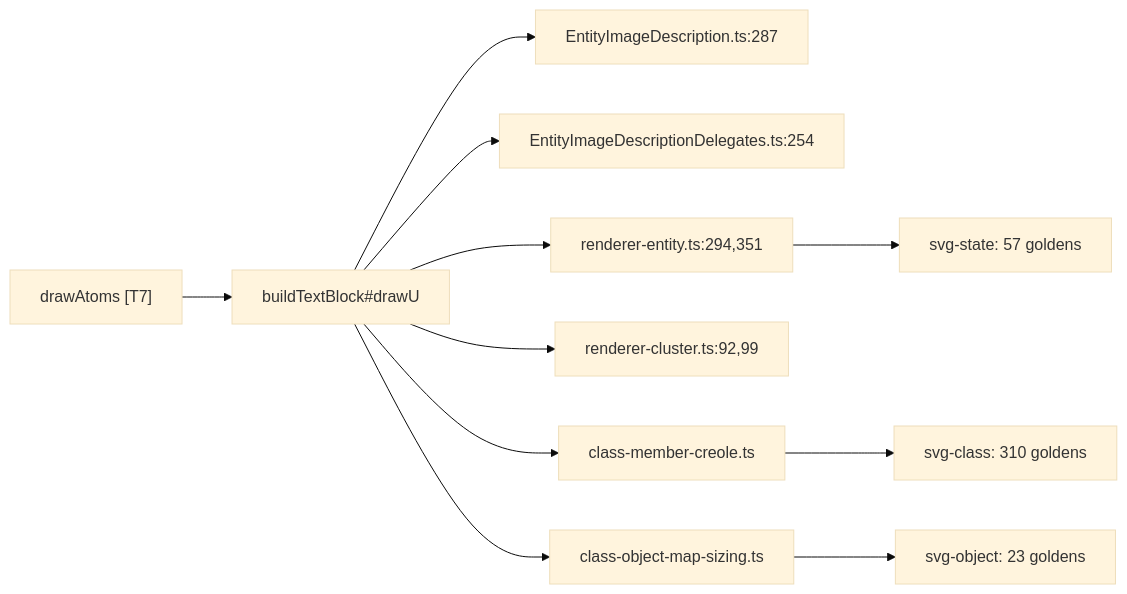
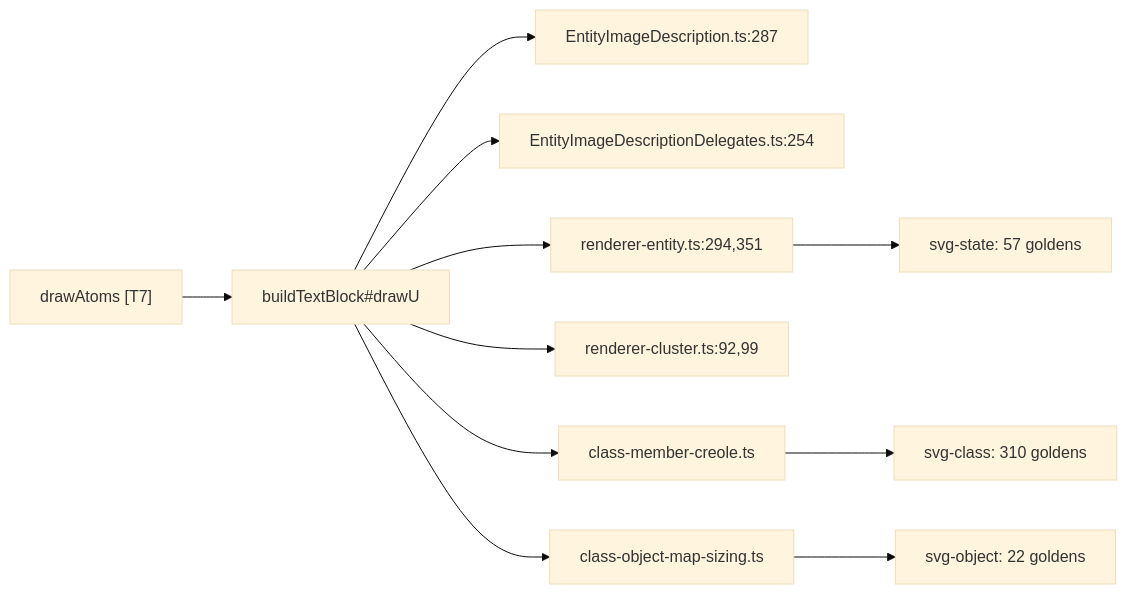
Before and after one commit to knowvah/plantuml-ts: the second of 2 diagrams in plans/svg-sprite-nanoparser/diagrams/component-map.md, drawn with Mermaid (base theme). The commit also changed other lines of this file and 15 other files, not shown here.

````diff
--- a/plans/svg-sprite-nanoparser/diagrams/component-map.md
+++ b/plans/svg-sprite-nanoparser/diagrams/component-map.md
@@ -69,14 +69,14 @@
 ```mermaid
 graph LR
     DRAW["drawAtoms [T7]"] --> BTB["buildTextBlock#drawU"]
     BTB --> EID["EntityImageDescription.ts:287"]
     BTB --> DEL["EntityImageDescriptionDelegates.ts:254"]
     BTB --> RE["renderer-entity.ts:294,351"]
     BTB --> RC["renderer-cluster.ts:92,99"]
     BTB --> CM["class-member-creole.ts"]
     BTB --> COM["class-object-map-sizing.ts"]
 
     CM --> G1["svg-class: 310 goldens"]
-    COM --> G2["svg-object: 23 goldens"]
+    COM --> G2["svg-object: 22 goldens"]
     RE --> G3["svg-state: 57 goldens"]
 ```
````
